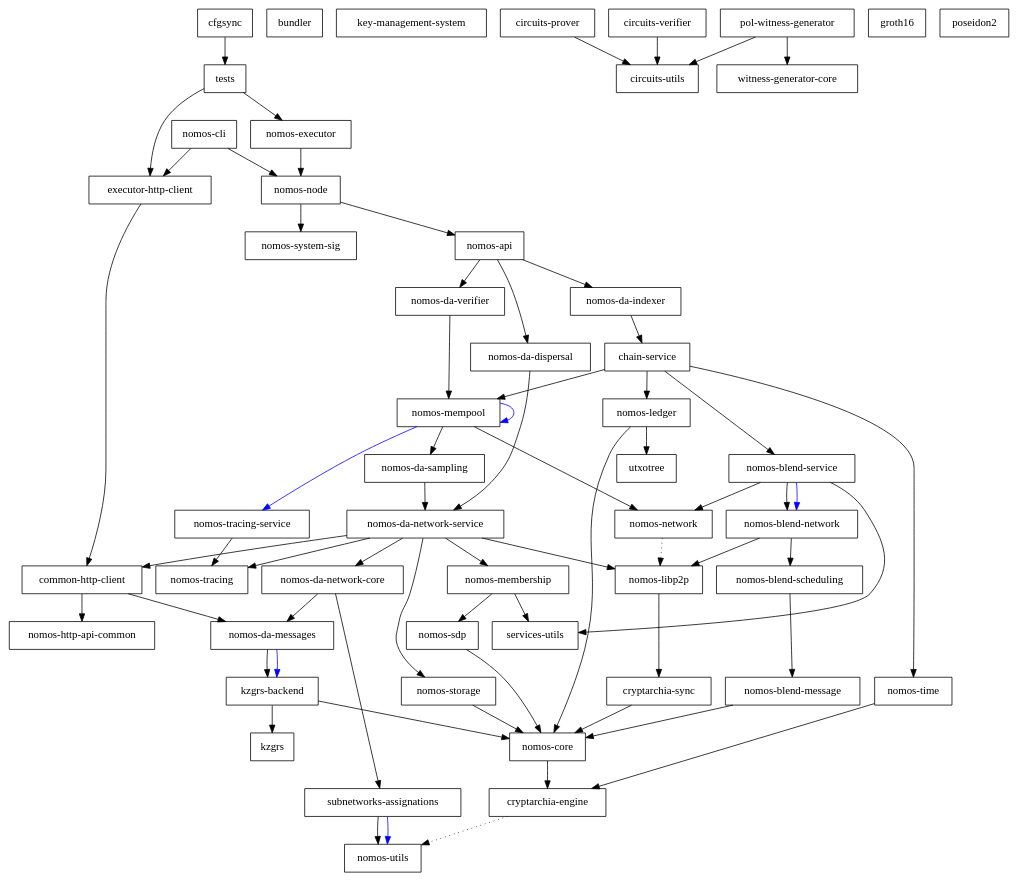
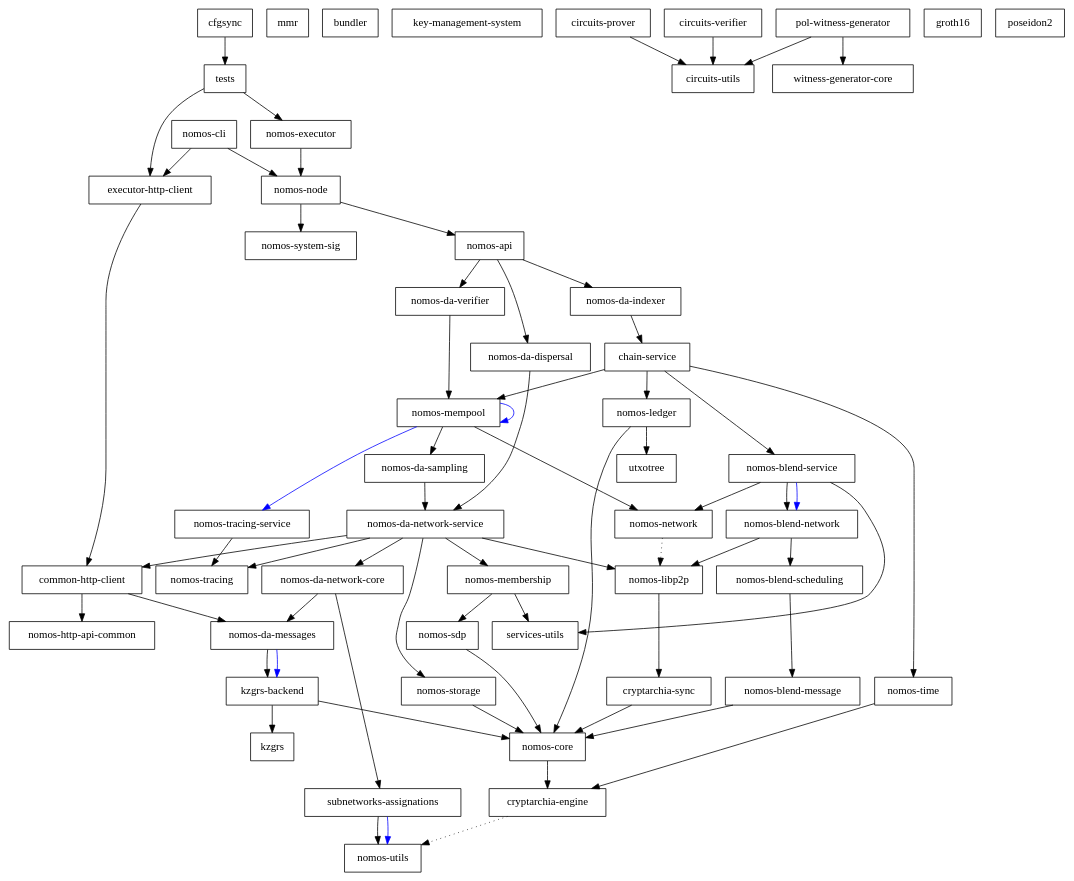
One commit to Astro521/logos-blockchain changed the diagram in dependencies_graph.dot. Above: the diagram before and after it, drawn with Graphviz. The commit also changed 3 other files, not shown here.

```diff
--- a/dependencies_graph.dot
+++ b/dependencies_graph.dot
@@ -1,117 +1,118 @@
 digraph {
     0 [ label = "cryptarchia-engine" shape = box]
     1 [ label = "nomos-utils" shape = box]
     2 [ label = "cryptarchia-sync" shape = box]
     3 [ label = "nomos-core" shape = box]
     4 [ label = "nomos-ledger" shape = box]
     5 [ label = "utxotree" shape = box]
-    6 [ label = "nomos-http-api-common" shape = box]
-    7 [ label = "nomos-executor" shape = box]
-    8 [ label = "kzgrs-backend" shape = box]
-    9 [ label = "kzgrs" shape = box]
-    10 [ label = "nomos-api" shape = box]
-    11 [ label = "chain-service" shape = box]
-    12 [ label = "nomos-blend-service" shape = box]
-    13 [ label = "nomos-blend-message" shape = box]
-    14 [ label = "nomos-blend-network" shape = box]
-    15 [ label = "nomos-blend-scheduling" shape = box]
-    16 [ label = "nomos-libp2p" shape = box]
-    17 [ label = "nomos-network" shape = box]
-    18 [ label = "services-utils" shape = box]
-    19 [ label = "nomos-da-sampling" shape = box]
-    20 [ label = "nomos-da-network-core" shape = box]
-    21 [ label = "nomos-da-messages" shape = box]
-    22 [ label = "subnetworks-assignations" shape = box]
-    23 [ label = "nomos-da-network-service" shape = box]
-    24 [ label = "common-http-client" shape = box]
-    25 [ label = "nomos-membership" shape = box]
-    26 [ label = "nomos-sdp" shape = box]
-    27 [ label = "nomos-storage" shape = box]
-    28 [ label = "nomos-tracing" shape = box]
-    29 [ label = "nomos-mempool" shape = box]
-    30 [ label = "nomos-tracing-service" shape = box]
-    31 [ label = "nomos-time" shape = box]
-    32 [ label = "nomos-da-dispersal" shape = box]
-    33 [ label = "nomos-da-indexer" shape = box]
-    34 [ label = "nomos-da-verifier" shape = box]
-    35 [ label = "nomos-node" shape = box]
-    36 [ label = "nomos-system-sig" shape = box]
-    37 [ label = "executor-http-client" shape = box]
-    38 [ label = "bundler" shape = box]
-    39 [ label = "nomos-cli" shape = box]
-    40 [ label = "key-management-system" shape = box]
-    41 [ label = "cfgsync" shape = box]
-    42 [ label = "tests" shape = box]
-    43 [ label = "circuits-prover" shape = box]
-    44 [ label = "circuits-utils" shape = box]
-    45 [ label = "circuits-verifier" shape = box]
-    46 [ label = "witness-generator-core" shape = box]
-    47 [ label = "pol-witness-generator" shape = box]
-    48 [ label = "groth16" shape = box]
-    49 [ label = "poseidon2" shape = box]
+    6 [ label = "mmr" shape = box]
+    7 [ label = "nomos-http-api-common" shape = box]
+    8 [ label = "nomos-executor" shape = box]
+    9 [ label = "kzgrs-backend" shape = box]
+    10 [ label = "kzgrs" shape = box]
+    11 [ label = "nomos-api" shape = box]
+    12 [ label = "chain-service" shape = box]
+    13 [ label = "nomos-blend-service" shape = box]
+    14 [ label = "nomos-blend-message" shape = box]
+    15 [ label = "nomos-blend-network" shape = box]
+    16 [ label = "nomos-blend-scheduling" shape = box]
+    17 [ label = "nomos-libp2p" shape = box]
+    18 [ label = "nomos-network" shape = box]
+    19 [ label = "services-utils" shape = box]
+    20 [ label = "nomos-da-sampling" shape = box]
+    21 [ label = "nomos-da-network-core" shape = box]
+    22 [ label = "nomos-da-messages" shape = box]
+    23 [ label = "subnetworks-assignations" shape = box]
+    24 [ label = "nomos-da-network-service" shape = box]
+    25 [ label = "common-http-client" shape = box]
+    26 [ label = "nomos-membership" shape = box]
+    27 [ label = "nomos-sdp" shape = box]
+    28 [ label = "nomos-storage" shape = box]
+    29 [ label = "nomos-tracing" shape = box]
+    30 [ label = "nomos-mempool" shape = box]
+    31 [ label = "nomos-tracing-service" shape = box]
+    32 [ label = "nomos-time" shape = box]
+    33 [ label = "nomos-da-dispersal" shape = box]
+    34 [ label = "nomos-da-indexer" shape = box]
+    35 [ label = "nomos-da-verifier" shape = box]
+    36 [ label = "nomos-node" shape = box]
+    37 [ label = "nomos-system-sig" shape = box]
+    38 [ label = "executor-http-client" shape = box]
+    39 [ label = "bundler" shape = box]
+    40 [ label = "nomos-cli" shape = box]
+    41 [ label = "key-management-system" shape = box]
+    42 [ label = "cfgsync" shape = box]
+    43 [ label = "tests" shape = box]
+    44 [ label = "circuits-prover" shape = box]
+    45 [ label = "circuits-utils" shape = box]
+    46 [ label = "circuits-verifier" shape = box]
+    47 [ label = "witness-generator-core" shape = box]
+    48 [ label = "pol-witness-generator" shape = box]
+    49 [ label = "groth16" shape = box]
+    50 [ label = "poseidon2" shape = box]
     0 -> 1 [ style = dotted]
     2 -> 3 [ ]
     3 -> 0 [ ]
     4 -> 3 [ ]
     4 -> 5 [ ]
-    7 -> 35 [ ]
-    8 -> 9 [ ]
-    8 -> 3 [ ]
-    10 -> 32 [ ]
-    10 -> 33 [ ]
-    10 -> 34 [ ]
-    11 -> 12 [ ]
-    11 -> 4 [ ]
-    11 -> 29 [ ]
-    11 -> 31 [ ]
-    12 -> 14 [ ]
-    12 -> 14 [ color = blue]
-    12 -> 17 [ ]
-    12 -> 18 [ ]
-    13 -> 3 [ ]
-    14 -> 15 [ ]
-    14 -> 16 [ ]
-    15 -> 13 [ ]
-    16 -> 2 [ ]
-    17 -> 16 [ style = dotted]
-    19 -> 23 [ ]
-    20 -> 21 [ ]
-    20 -> 22 [ ]
-    21 -> 8 [ ]
-    21 -> 8 [ color = blue]
-    22 -> 1 [ ]
-    22 -> 1 [ color = blue]
-    23 -> 24 [ ]
-    23 -> 20 [ ]
-    23 -> 16 [ ]
-    23 -> 25 [ ]
-    23 -> 27 [ ]
-    23 -> 28 [ ]
+    8 -> 36 [ ]
+    9 -> 10 [ ]
+    9 -> 3 [ ]
+    11 -> 33 [ ]
+    11 -> 34 [ ]
+    11 -> 35 [ ]
+    12 -> 13 [ ]
+    12 -> 4 [ ]
+    12 -> 30 [ ]
+    12 -> 32 [ ]
+    13 -> 15 [ ]
+    13 -> 15 [ color = blue]
+    13 -> 18 [ ]
+    13 -> 19 [ ]
+    14 -> 3 [ ]
+    15 -> 16 [ ]
+    15 -> 17 [ ]
+    16 -> 14 [ ]
+    17 -> 2 [ ]
+    18 -> 17 [ style = dotted]
+    20 -> 24 [ ]
+    21 -> 22 [ ]
+    21 -> 23 [ ]
+    22 -> 9 [ ]
+    22 -> 9 [ color = blue]
+    23 -> 1 [ ]
+    23 -> 1 [ color = blue]
+    24 -> 25 [ ]
     24 -> 21 [ ]
-    24 -> 6 [ ]
-    25 -> 26 [ ]
-    25 -> 18 [ ]
-    26 -> 3 [ ]
+    24 -> 17 [ ]
+    24 -> 26 [ ]
+    24 -> 28 [ ]
+    24 -> 29 [ ]
+    25 -> 22 [ ]
+    25 -> 7 [ ]
+    26 -> 27 [ ]
+    26 -> 19 [ ]
     27 -> 3 [ ]
-    29 -> 19 [ ]
-    29 -> 29 [ color = blue]
-    29 -> 17 [ ]
-    29 -> 30 [ color = blue]
-    30 -> 28 [ ]
-    31 -> 0 [ ]
-    32 -> 23 [ ]
-    33 -> 11 [ ]
-    34 -> 29 [ ]
-    35 -> 10 [ ]
-    35 -> 36 [ ]
-    37 -> 24 [ ]
-    39 -> 37 [ ]
-    39 -> 35 [ ]
-    41 -> 42 [ ]
-    42 -> 37 [ ]
-    42 -> 7 [ ]
-    43 -> 44 [ ]
-    45 -> 44 [ ]
-    47 -> 44 [ ]
-    47 -> 46 [ ]
+    28 -> 3 [ ]
+    30 -> 20 [ ]
+    30 -> 30 [ color = blue]
+    30 -> 18 [ ]
+    30 -> 31 [ color = blue]
+    31 -> 29 [ ]
+    32 -> 0 [ ]
+    33 -> 24 [ ]
+    34 -> 12 [ ]
+    35 -> 30 [ ]
+    36 -> 11 [ ]
+    36 -> 37 [ ]
+    38 -> 25 [ ]
+    40 -> 38 [ ]
+    40 -> 36 [ ]
+    42 -> 43 [ ]
+    43 -> 38 [ ]
+    43 -> 8 [ ]
+    44 -> 45 [ ]
+    46 -> 45 [ ]
+    48 -> 45 [ ]
+    48 -> 47 [ ]
 }
```
